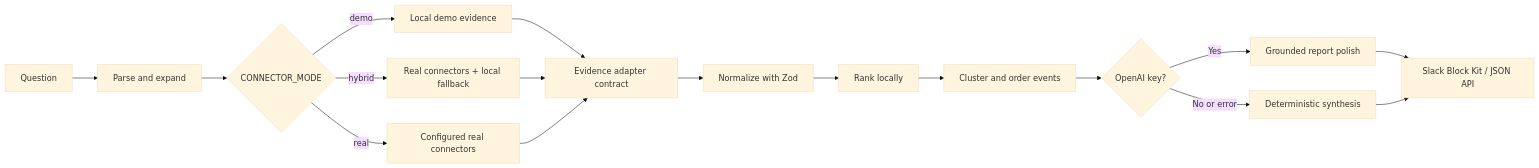
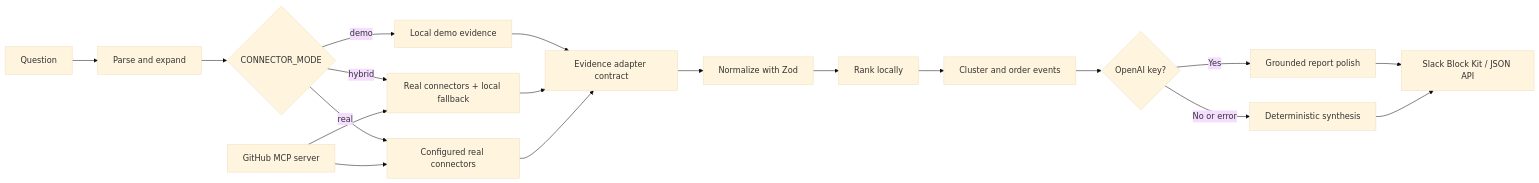
Before and after one commit to kjblue3/agentkj: the diagram in ARCHITECTURE.md, drawn with Mermaid (base theme). The commit also changed other lines of this file and 13 other files, not shown here.

````diff
--- a/ARCHITECTURE.md
+++ b/ARCHITECTURE.md
@@ -5,19 +5,21 @@
 ```mermaid
 flowchart LR
   Q[Question] --> P[Parse and expand]
   P --> M{CONNECTOR_MODE}
   M -->|demo| D[Local demo evidence]
   M -->|hybrid| H[Real connectors + local fallback]
   M -->|real| X[Configured real connectors]
+  G[GitHub MCP server] --> H
+  G --> X
   D --> C[Evidence adapter contract]
   H --> C
   X --> C
   C --> N[Normalize with Zod]
   N --> R[Rank locally]
   R --> T[Cluster and order events]
   T --> S{OpenAI key?}
   S -->|Yes| O[Grounded report polish]
   S -->|No or error| F[Deterministic synthesis]
   O --> U[Slack Block Kit / JSON API]
   F --> U
 ```
````
